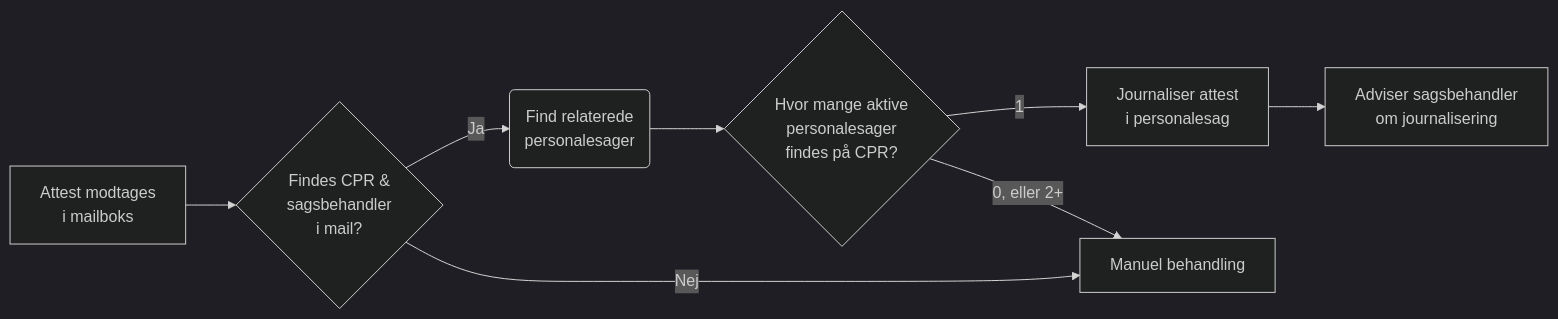
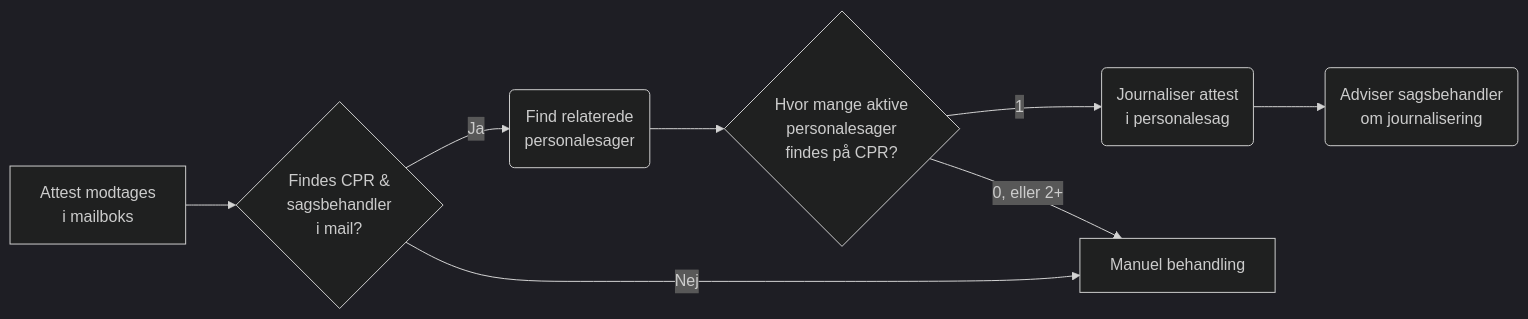
Before and after one commit to Randers-Kommune-Digitalisering/bestil-journaliser-attester: the diagram in README.md, drawn with Mermaid (dark theme).

Commit message:
Update mermaid

````diff
--- a/README.md
+++ b/README.md
@@ -9,19 +9,18 @@
 ```mermaid
 flowchart LR
     A[Attest modtages \n i mailboks]
     B{Findes CPR & \n sagsbehandler \n i mail?}
     C(Find relaterede \n personalesager)
     D{Hvor mange aktive \n  personalesager \n findes på CPR?}
-    E[Journaliser attest \n i personalesag]
-    F[Adviser sagsbehandler \n om journalisering]
-    
+    E(Journaliser attest \n i personalesag)
+    F(Adviser sagsbehandler \n om journalisering)
     G[Manuel behandling]
 
     A --> B
     B --> |Ja|C
     B --> |Nej|G
     C --> D
     D --> |1|E
     D --> |0, eller 2+|G
     E --> F
 ```
````
